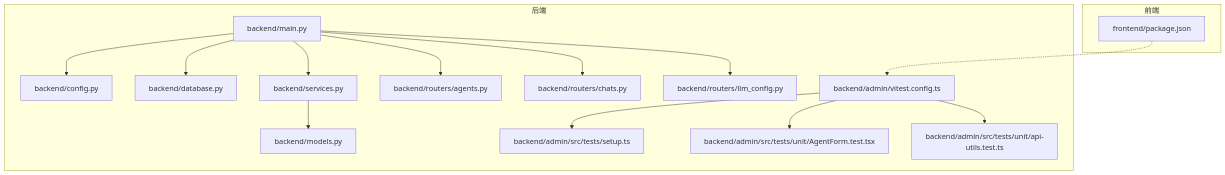
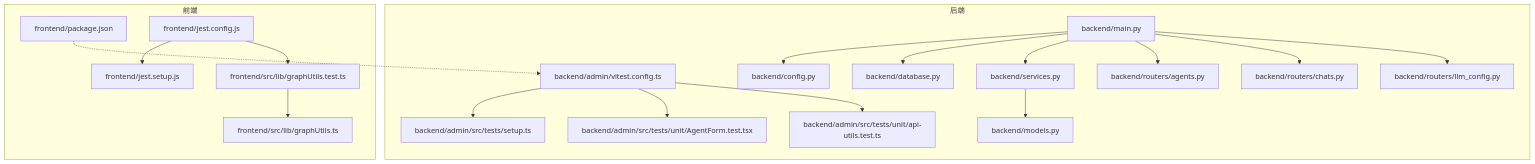
The first of 5 diagrams in .qoder/repowiki/zh/content/开发工具链/测试框架.md (KunLabAI/KunFlix), drawn with Mermaid before and after one commit. The commit also changed other lines of this file and 88 other files, not shown here.

````diff
--- a/.qoder/repowiki/zh/content/开发工具链/测试框架.md
+++ b/.qoder/repowiki/zh/content/开发工具链/测试框架.md
@@ -45,31 +49,38 @@
 ```mermaid
 graph TB
 subgraph "后端"
 A_main["backend/main.py"]
 A_cfg["backend/config.py"]
 A_db["backend/database.py"]
 A_srv["backend/services.py"]
 A_mdls["backend/models.py"]
 A_r_ag["backend/routers/agents.py"]
 A_r_ch["backend/routers/chats.py"]
 A_r_llm["backend/routers/llm_config.py"]
 A_vcfg["backend/admin/vitest.config.ts"]
 A_vsetup["backend/admin/src/tests/setup.ts"]
 A_ut1["backend/admin/src/tests/unit/AgentForm.test.tsx"]
 A_ut2["backend/admin/src/tests/unit/api-utils.test.ts"]
 end
 subgraph "前端"
 F_pkg["frontend/package.json"]
+F_jest["frontend/jest.config.js"]
+F_jsetup["frontend/jest.setup.js"]
+F_graph["frontend/src/lib/graphUtils.test.ts"]
+F_graph_impl["frontend/src/lib/graphUtils.ts"]
 end
 A_main --> A_cfg
 A_main --> A_db
 A_main --> A_srv
 A_srv --> A_mdls
 A_main --> A_r_ag
 A_main --> A_r_ch
 A_main --> A_r_llm
 A_vcfg --> A_vsetup
 A_vcfg --> A_ut1
 A_vcfg --> A_ut2
 F_pkg -.-> A_vcfg
+F_jest --> F_jsetup
+F_jest --> F_graph
+F_graph --> F_graph_impl
 ```
````
